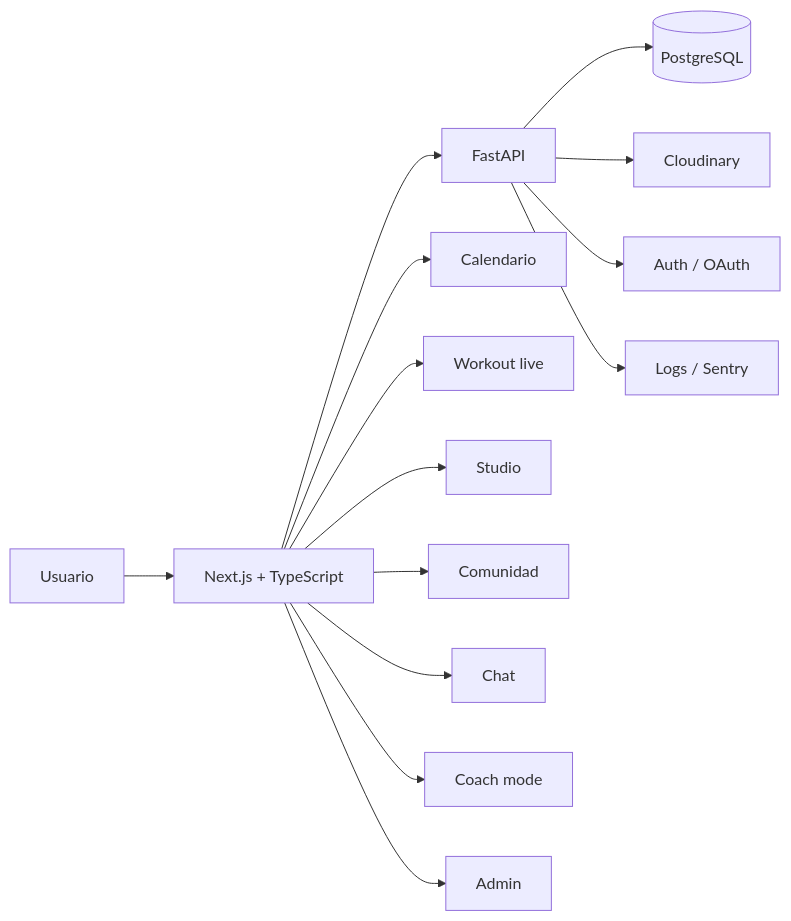
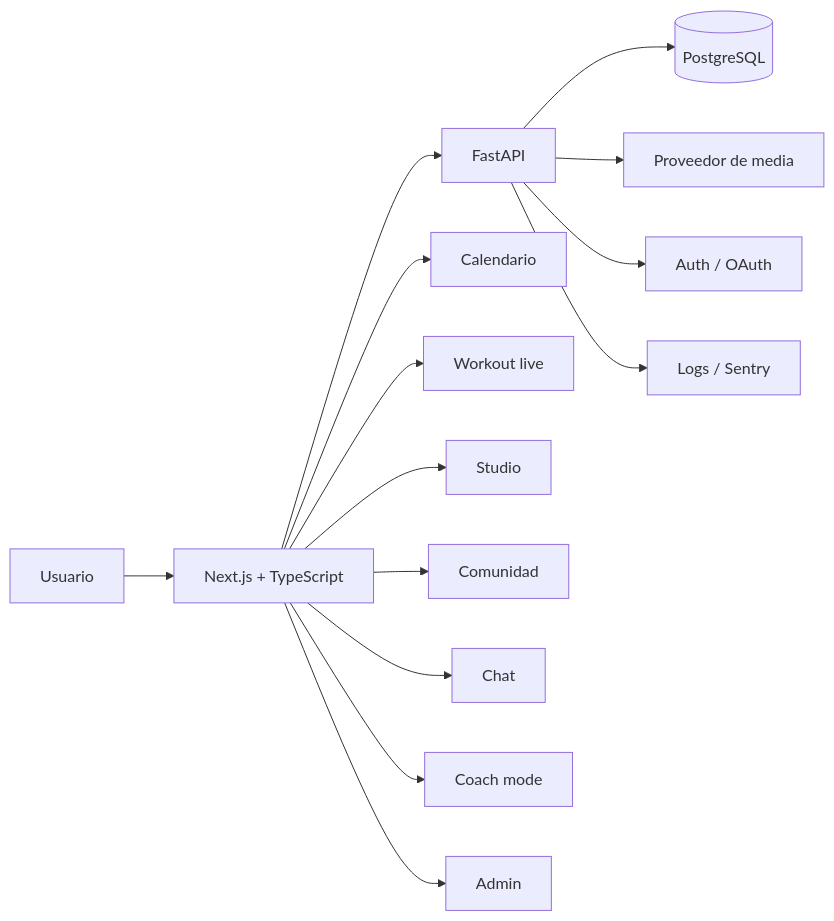
Before and after one commit to alessandrostfr/argus-gym-showcase: the diagram in README.md, drawn with Mermaid. The commit also changed other lines of this file and 19 other files, not shown here.

````diff
--- a/README.md
+++ b/README.md
@@ -127,17 +132,17 @@
 ```mermaid
 flowchart LR
   U[Usuario] --> FE[Next.js + TypeScript]
   FE --> API[FastAPI]
   API --> DB[(PostgreSQL)]
-  API --> MEDIA[Cloudinary]
+  API --> MEDIA[Proveedor de media]
   API --> AUTH[Auth / OAuth]
   API --> OBS[Logs / Sentry]
 
   FE --> CAL[Calendario]
   FE --> LIVE[Workout live]
   FE --> STUDIO[Studio]
   FE --> SOCIAL[Comunidad]
   FE --> CHAT[Chat]
   FE --> COACH[Coach mode]
   FE --> ADMIN[Admin]
 ```
````
